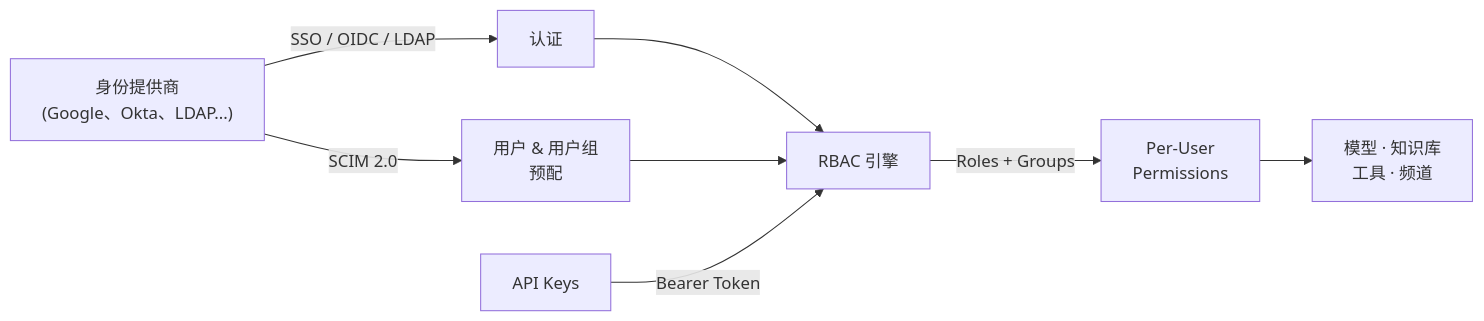
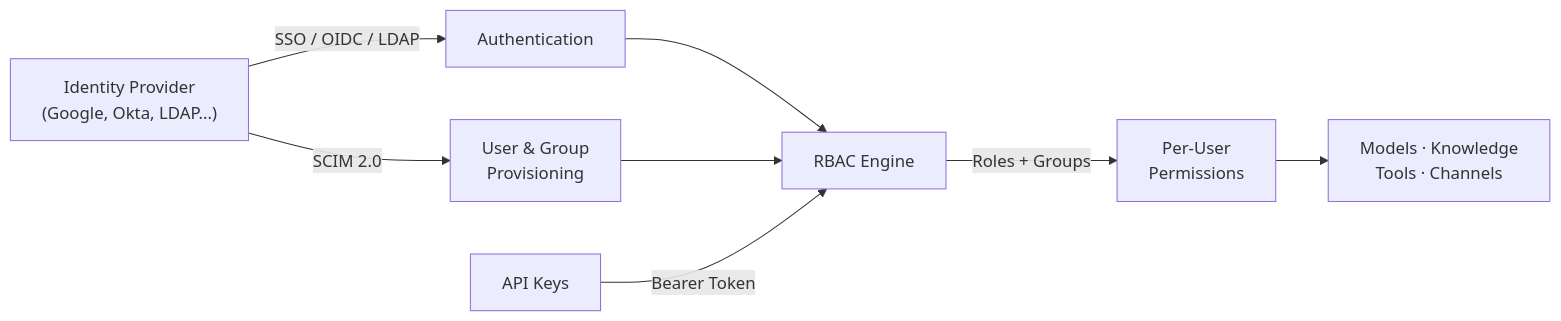
The diagram in zh-cn/docs/features/authentication-access/index.mdx (SMYQH/openwebuidocs), drawn with Mermaid before and after one commit. The commit also changed other lines of this file and 88 other files, not shown here.

````diff
--- a/zh-cn/docs/features/authentication-access/index.mdx
+++ b/zh-cn/docs/features/authentication-access/index.mdx
@@ -43,10 +43,10 @@
 ```mermaid
 flowchart LR
-    IdP["身份提供商<br/>(Google、Okta、LDAP...)"] -->|SSO / OIDC / LDAP| Auth["认证"]
-    IdP -->|SCIM 2.0| Provision["用户 & 用户组<br/>预配"]
-    Auth --> RBAC["RBAC 引擎"]
+    IdP["Identity Provider<br/>(Google, Okta, LDAP...)"] -->|SSO / OIDC / LDAP| Auth["Authentication"]
+    IdP -->|SCIM 2.0| Provision["User & Group<br/>Provisioning"]
+    Auth --> RBAC["RBAC Engine"]
     Provision --> RBAC
     RBAC -->|Roles + Groups| Permissions["Per-User<br/>Permissions"]
-    Permissions --> Resources["模型 · 知识库<br/>工具 · 频道"]
+    Permissions --> Resources["Models · Knowledge<br/>Tools · Channels"]
     APIKeys["API Keys"] -->|Bearer Token| RBAC
 ```
````
